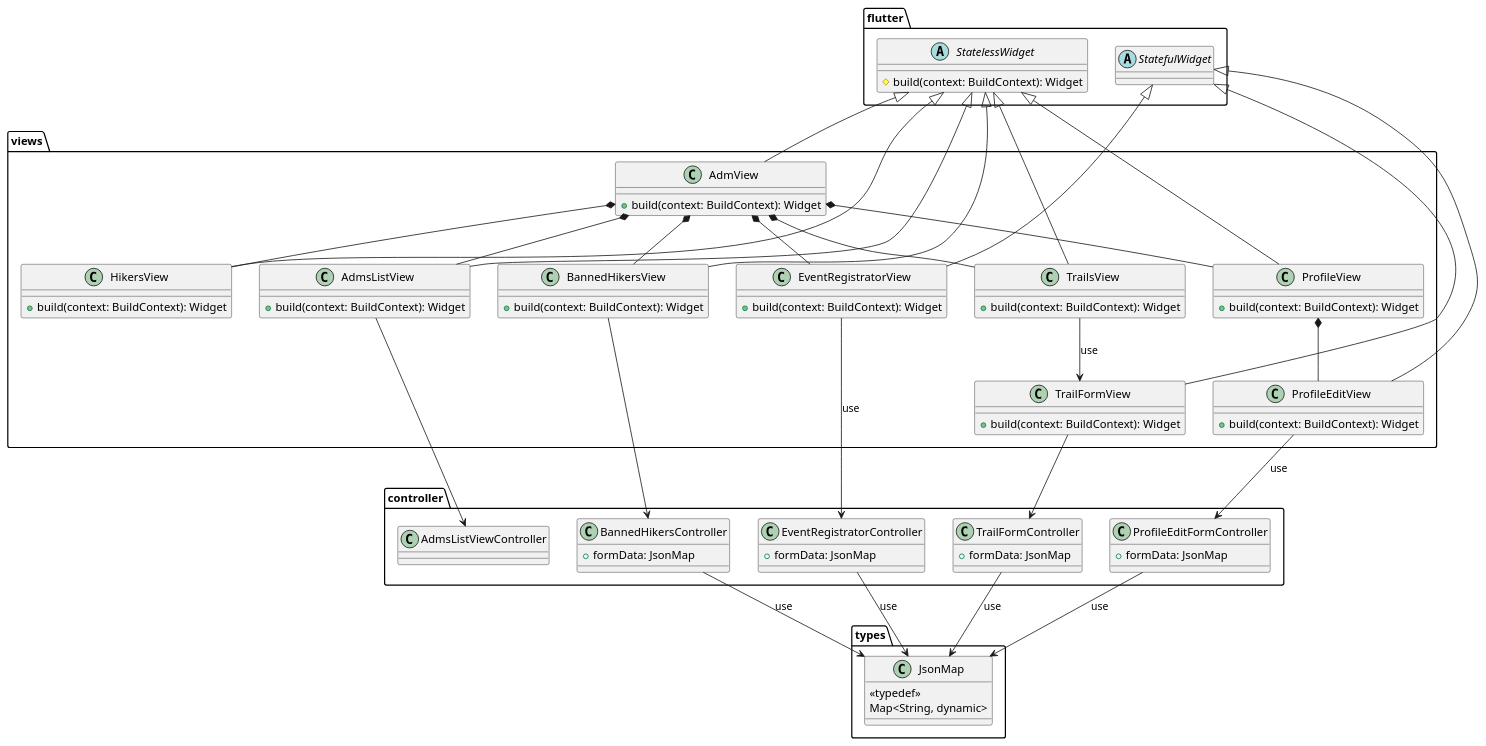
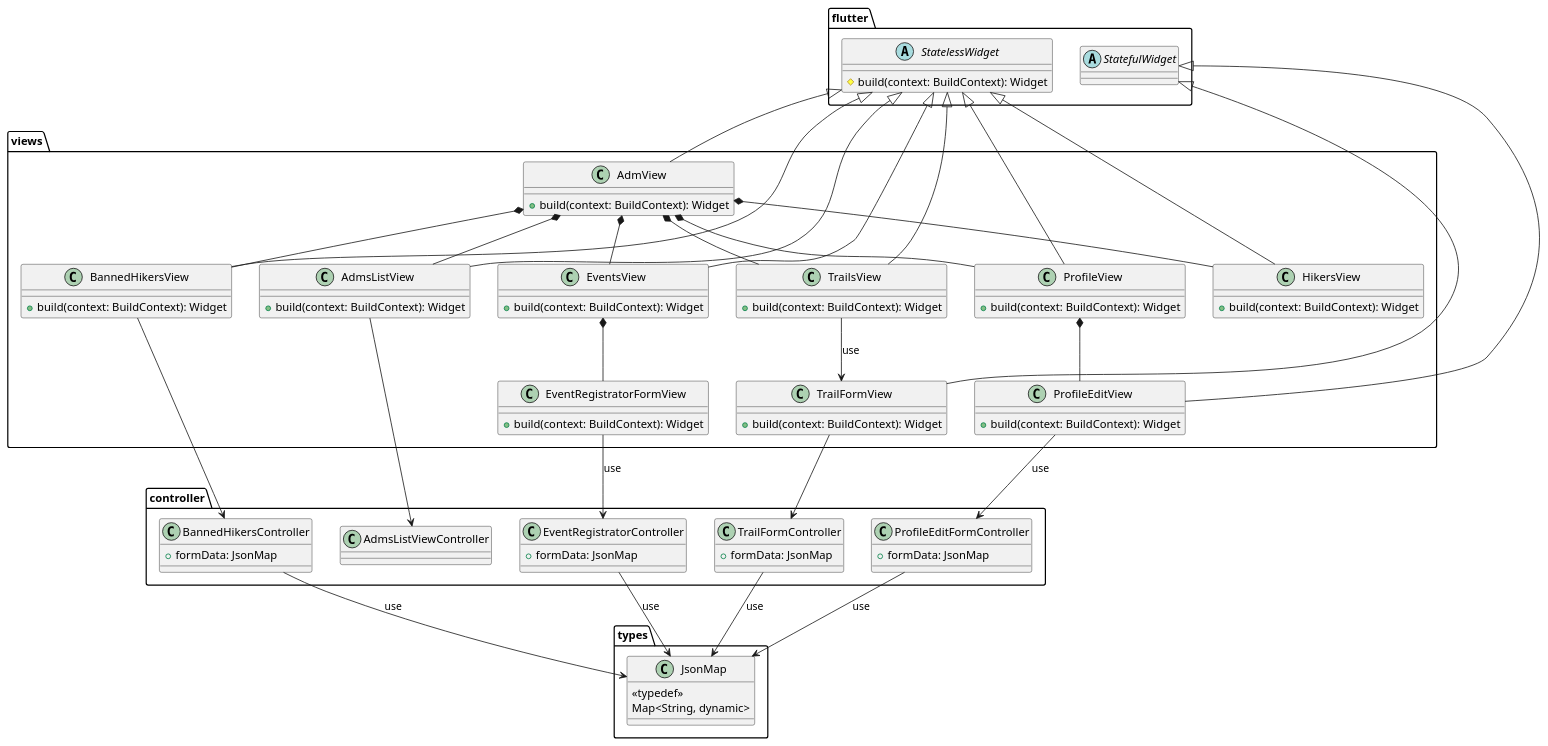
Before and after one commit to tiagors09/pe_na_pedra: the diagram in docs/diagrams/src/class_diagrams/pe_na_pedra_class_diagram_8.plantuml, drawn with PlantUML. The commit also changed 4 other files, not shown here.

Commit message:
docs: :memo: add diagrams

```diff
--- a/docs/diagrams/src/class_diagrams/pe_na_pedra_class_diagram_8.plantuml
+++ b/docs/diagrams/src/class_diagrams/pe_na_pedra_class_diagram_8.plantuml
@@ -1,110 +1,116 @@
 @startuml pe_na_pedra_class_diagram_8
 package types {
   class JsonMap {
     <<typedef>>
     Map<String, dynamic>
   }
 }
 
 package flutter {
   abstract class StatelessWidget {
   # build(context: BuildContext): Widget
   }
 
   abstract class StatefulWidget
 }
 
 package controller {
   class TrailFormController {
     + formData: JsonMap
   }
 
   class ProfileEditFormController {
     + formData: JsonMap
   }
 
   class BannedHikersController {
     + formData: JsonMap
   }
 
   class EventRegistratorController {
     + formData: JsonMap
   }
 
   class AdmsListViewController
 }
 
 package views {
   class AdmView {
     + build(context: BuildContext): Widget
   }
 
   class AdmsListView {
     + build(context: BuildContext): Widget
   }
 
-  class EventRegistratorView {
+  class EventsView {
+    + build(context: BuildContext): Widget
+  }
+
+  class EventRegistratorFormView {
     + build(context: BuildContext): Widget
   }
 
   class TrailsView {
     + build(context: BuildContext): Widget
   }
 
   class TrailFormView {
     + build(context: BuildContext): Widget
   }
 
   class ProfileView {
     + build(context: BuildContext): Widget
   }
 
   class ProfileEditView {
     + build(context: BuildContext): Widget
   }
 
   class BannedHikersView {
     + build(context: BuildContext): Widget
   }
 
   class HikersView {
     + build(context: BuildContext): Widget
   }
 }
 
 StatelessWidget <|-- AdmView
 StatelessWidget <|-- ProfileView
 StatefulWidget <|-- ProfileEditView
 StatelessWidget <|-- AdmsListView
-StatefulWidget <|-- EventRegistratorView
+StatelessWidget <|-- EventsView
 StatelessWidget <|-- TrailsView
 StatelessWidget <|-- BannedHikersView
 StatelessWidget <|-- HikersView
 
 AdmView *-- ProfileView
 ProfileView *-- ProfileEditView
 AdmView *-- TrailsView
 AdmView *-- BannedHikersView
 AdmView *-- HikersView
-AdmView *-- EventRegistratorView
+AdmView *-- EventsView
 AdmView *-- AdmsListView
+
+EventsView *-- EventRegistratorFormView
 
 TrailsView --> TrailFormView : use
 ProfileEditView --> ProfileEditFormController : use
 
 AdmsListView --> AdmsListViewController
 
 TrailFormController --> JsonMap : use
 ProfileEditFormController --> JsonMap : use
 
 BannedHikersController --> JsonMap : use
 EventRegistratorController --> JsonMap : use
 
 BannedHikersView --> BannedHikersController
 
 TrailFormView --> TrailFormController
 
 StatefulWidget <|-- TrailFormView
 
-EventRegistratorView --> EventRegistratorController : use
+EventRegistratorFormView --> EventRegistratorController : use
 @enduml
```
